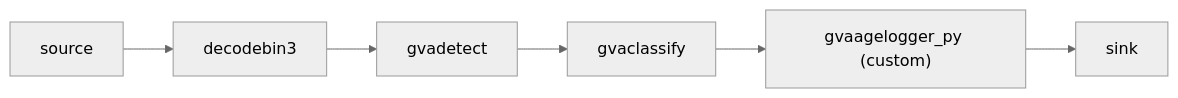
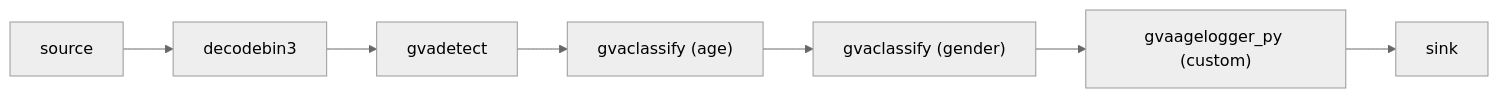
Before and after one commit to open-edge-platform/dlstreamer: the first of 2 diagrams in samples/gstreamer/gst_launch/python-elements/face_detection_and_classification/README.md, drawn with Mermaid (neutral theme). The commit also changed other lines of this file and 11 other files, not shown here.

````diff
--- a/samples/gstreamer/gst_launch/python-elements/face_detection_and_classification/README.md
+++ b/samples/gstreamer/gst_launch/python-elements/face_detection_and_classification/README.md
@@ -18,8 +21,9 @@
 ```mermaid
 graph LR
     A["source"] --> B["decodebin3"]
     B --> C["gvadetect"]
-    C --> D["gvaclassify"]
-    D --> E["gvaagelogger_py (custom)"]
-    E --> F["sink"]
+    C --> D["gvaclassify (age)"]
+    D --> E["gvaclassify (gender)"]
+    E --> F["gvaagelogger_py (custom)"]
+    F --> G["sink"]
 ```
````
